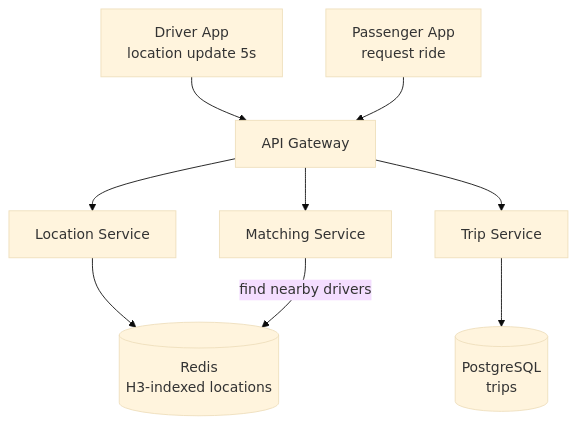
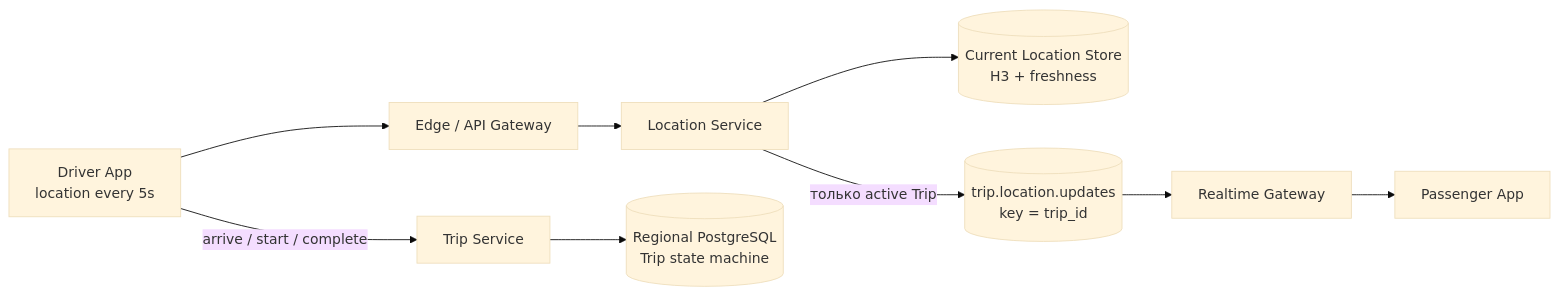
One commit to fev0ks/LearnGoLang changed the second of 2 diagrams in docs/senior-golang-study/05-system-design/interview-cases/06-uber-ride-sharing.md. Above: the diagram before and after it, drawn with Mermaid (base theme). The commit also changed other lines of this file and 26 other files, not shown here.

````diff
--- a/docs/senior-golang-study/05-system-design/interview-cases/06-uber-ride-sharing.md
+++ b/docs/senior-golang-study/05-system-design/interview-cases/06-uber-ride-sharing.md
@@ -78,23 +156,17 @@
 ```mermaid
-flowchart TB
-    Driver[Driver App<br/>location update 5s]
-    Passenger[Passenger App<br/>request ride]
-    GW[API Gateway]
+flowchart LR
+    Driver["Driver App<br/>location every 5s"]
+    Gateway["Edge / API Gateway"]
+    Location["Location Service"]
+    Current[("Current Location Store<br/>H3 + freshness")]
+    Stream[("trip.location.updates<br/>key = trip_id")]
+    Realtime["Realtime Gateway"]
+    Passenger["Passenger App"]
+    Trip["Trip Service"]
+    TripDB[("Regional PostgreSQL<br/>Trip state machine")]
 
-    LocSvc[Location Service]
-    MatchSvc[Matching Service]
-    TripSvc[Trip Service]
-
-    LocStore[(Redis<br/>H3-indexed locations)]
-    TripStore[(PostgreSQL<br/>trips)]
-
-    Driver --> GW
-    Passenger --> GW
-    GW --> LocSvc
-    GW --> MatchSvc
-    GW --> TripSvc
-
-    LocSvc --> LocStore
-    MatchSvc -->|find nearby drivers| LocStore
-    TripSvc --> TripStore
+    Driver --> Gateway --> Location
+    Location --> Current
+    Location -->|"только active Trip"| Stream --> Realtime --> Passenger
+    Driver -->|"arrive / start / complete"| Trip --> TripDB
 ```
````
